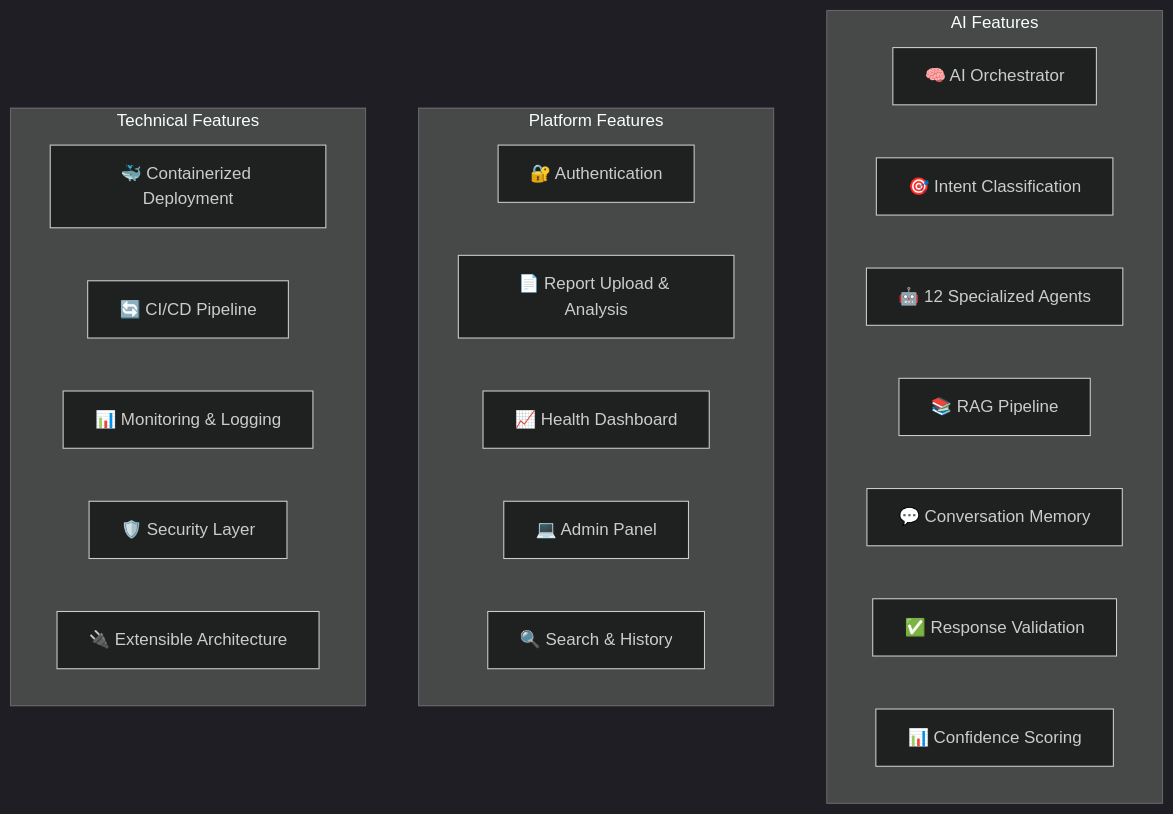
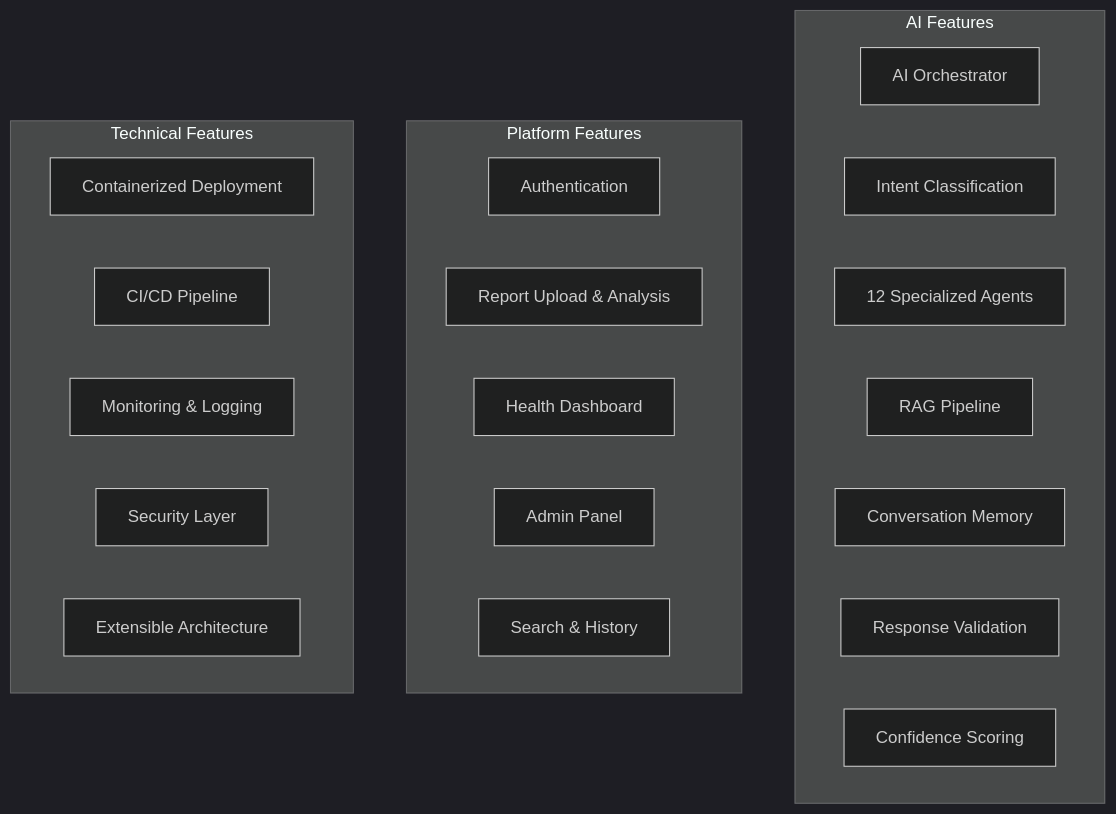
The eighth of 12 diagrams in docs/01_Project_Foundation.md (Samarjamal326/MediOrchesctrator-Agent), drawn with Mermaid (dark theme) before and after one commit. The commit also changed other lines of this file and 5 other files, not shown here.

````diff
--- a/docs/01_Project_Foundation.md
+++ b/docs/01_Project_Foundation.md
@@ -353,28 +353,28 @@
 ```mermaid
 graph TB
     subgraph "AI Features"
-        F1[🧠 AI Orchestrator]
-        F2[🎯 Intent Classification]
-        F3[🤖 12 Specialized Agents]
-        F4[📚 RAG Pipeline]
-        F5[💬 Conversation Memory]
-        F6[✅ Response Validation]
-        F7[📊 Confidence Scoring]
+        F1[ AI Orchestrator]
+        F2[ Intent Classification]
+        F3[ 12 Specialized Agents]
+        F4[ RAG Pipeline]
+        F5[ Conversation Memory]
+        F6[ Response Validation]
+        F7[ Confidence Scoring]
     end
 
     subgraph "Platform Features"
-        F8[🔐 Authentication]
-        F9[📄 Report Upload & Analysis]
-        F10[📈 Health Dashboard]
-        F11[💻 Admin Panel]
-        F12[🔍 Search & History]
+        F8[ Authentication]
+        F9[ Report Upload & Analysis]
+        F10[ Health Dashboard]
+        F11[ Admin Panel]
+        F12[ Search & History]
     end
 
     subgraph "Technical Features"
-        F13[🐳 Containerized Deployment]
-        F14[🔄 CI/CD Pipeline]
-        F15[📊 Monitoring & Logging]
-        F16[🛡️ Security Layer]
-        F17[🔌 Extensible Architecture]
+        F13[ Containerized Deployment]
+        F14[ CI/CD Pipeline]
+        F15[ Monitoring & Logging]
+        F16[ Security Layer]
+        F17[ Extensible Architecture]
     end
 ```
````
